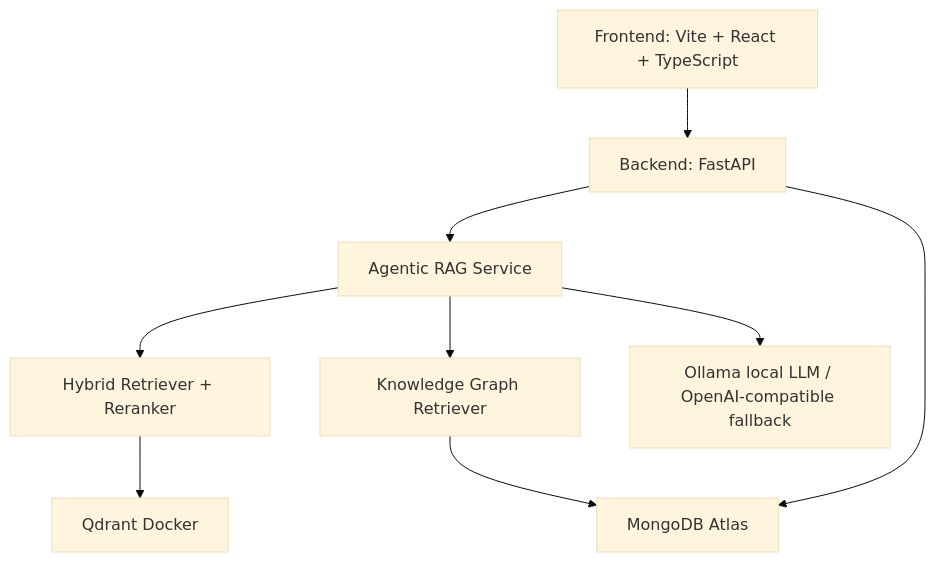
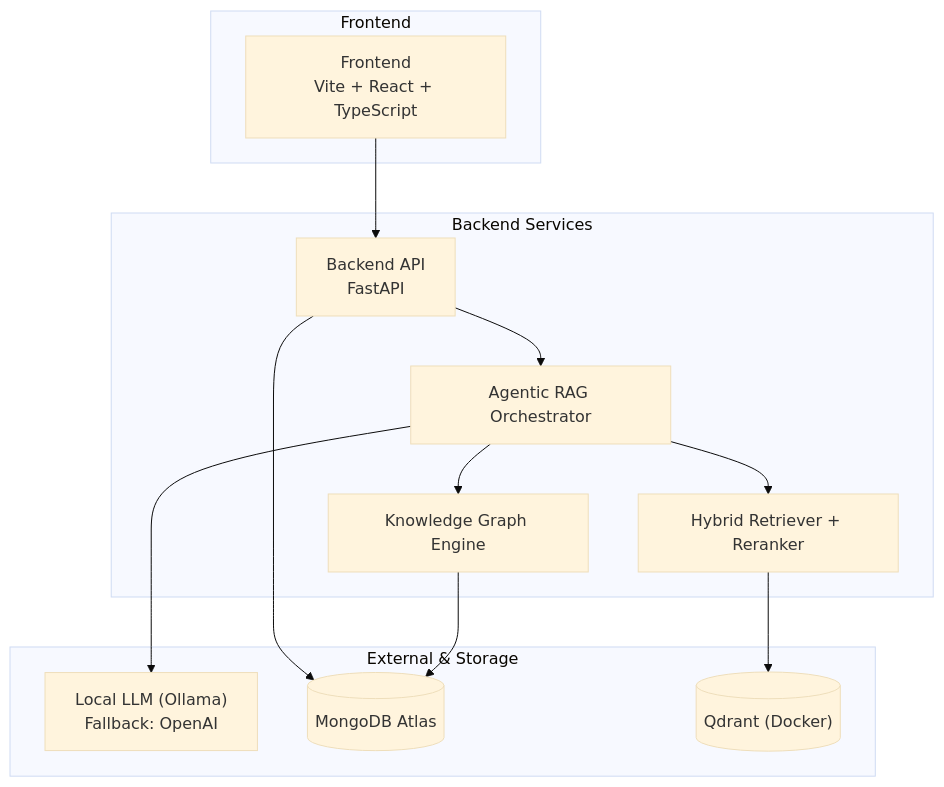
One commit to nvtanphat/AgentBook-Platform changed the diagram in README.md. Above: the diagram before and after it, drawn with Mermaid (base theme). The commit also changed other lines of this file, not shown here.

````diff
--- a/README.md
+++ b/README.md
@@ -17,20 +42,28 @@
 ```mermaid
 graph TB
-  UI["Frontend: Vite + React + TypeScript"]
-  API["Backend: FastAPI"]
-  AGENT["Agentic RAG Service"]
-  RETRIEVAL["Hybrid Retriever + Reranker"]
-  GRAPH["Knowledge Graph Retriever"]
-  LLM["Ollama local LLM / OpenAI-compatible fallback"]
-  MONGO["MongoDB Atlas"]
-  QDRANT["Qdrant Docker"]
+  subgraph Frontend
+    UI["Frontend<br/>Vite + React + TypeScript"]
+  end
+  
+  subgraph Backend Services
+    API["Backend API<br/>FastAPI"]
+    AGENT["Agentic RAG Orchestrator"]
+    RETRIEVAL["Hybrid Retriever + Reranker"]
+    GRAPH["Knowledge Graph Engine"]
+  end
+  
+  subgraph External & Storage
+    LLM["Local LLM (Ollama)<br/>Fallback: OpenAI"]
+    MONGO[("MongoDB Atlas")]
+    QDRANT[("Qdrant (Docker)")]
+  end
 
   UI --> API
   API --> AGENT
   AGENT --> RETRIEVAL
   AGENT --> GRAPH
   AGENT --> LLM
   RETRIEVAL --> QDRANT
   API --> MONGO
   GRAPH --> MONGO
 ```
````
